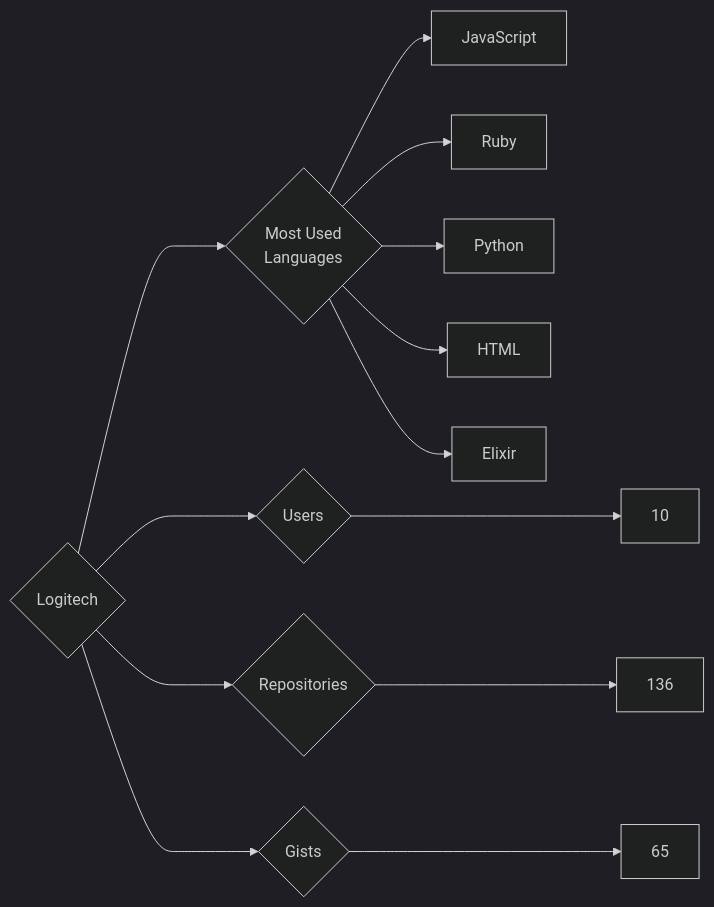
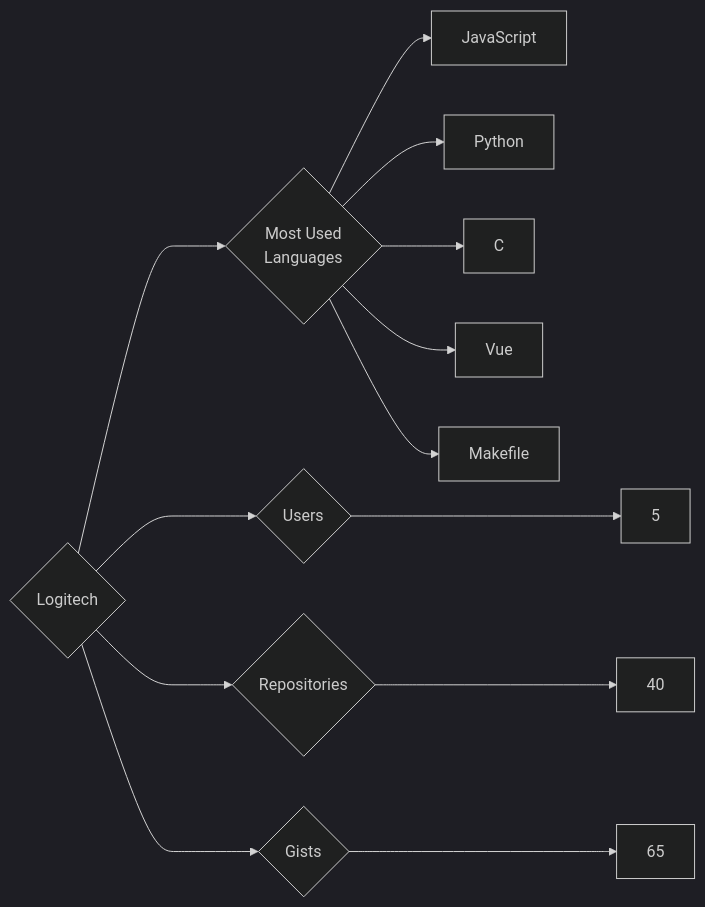
Before and after one commit to trickest/insiders: the diagram in targets/Logitech/README.md, drawn with Mermaid (dark theme). The commit also changed 1496 other files, not shown here.

````diff
--- a/targets/Logitech/README.md
+++ b/targets/Logitech/README.md
@@ -3,13 +3,13 @@
 ```mermaid
 graph LR
 COMPANY_NAME{Logitech}
-COMPANY_NAME ---> U{Users} ---> UN[10]
-COMPANY_NAME ---> R{Repositories} ---> RN[136]
+COMPANY_NAME ---> U{Users} ---> UN[5]
+COMPANY_NAME ---> R{Repositories} ---> RN[40]
 COMPANY_NAME ---> G{Gists} ---> GN[65]
 COMPANY_NAME ---> ML{Most Used<br>Languages}
 ML --> JavaScript[JavaScript]
-ML --> Ruby[Ruby]
 ML --> Python[Python]
-ML --> HTML[HTML]
-ML --> Elixir[Elixir]
+ML --> C[C]
+ML --> Vue[Vue]
+ML --> Makefile[Makefile]
 ```
````
